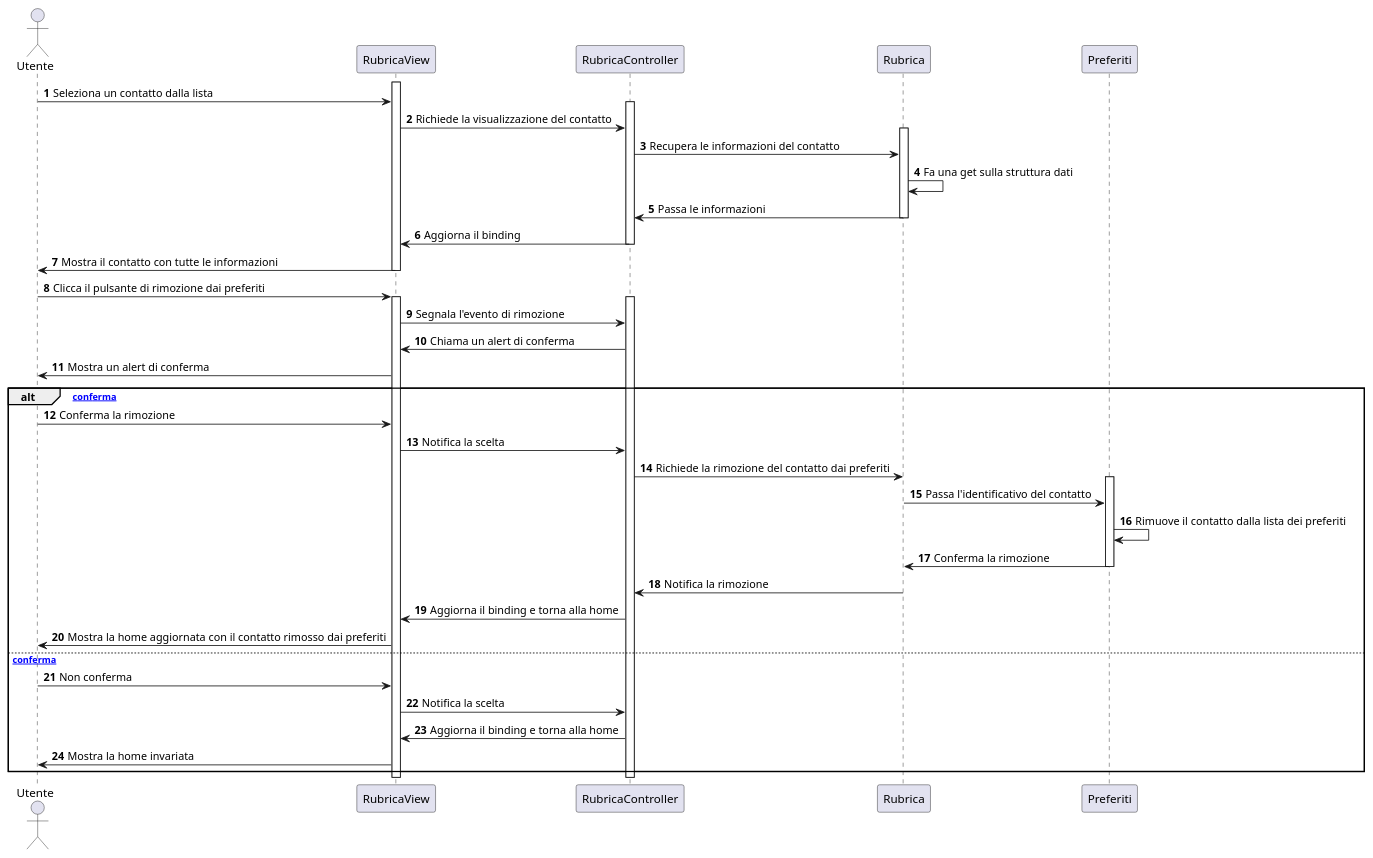
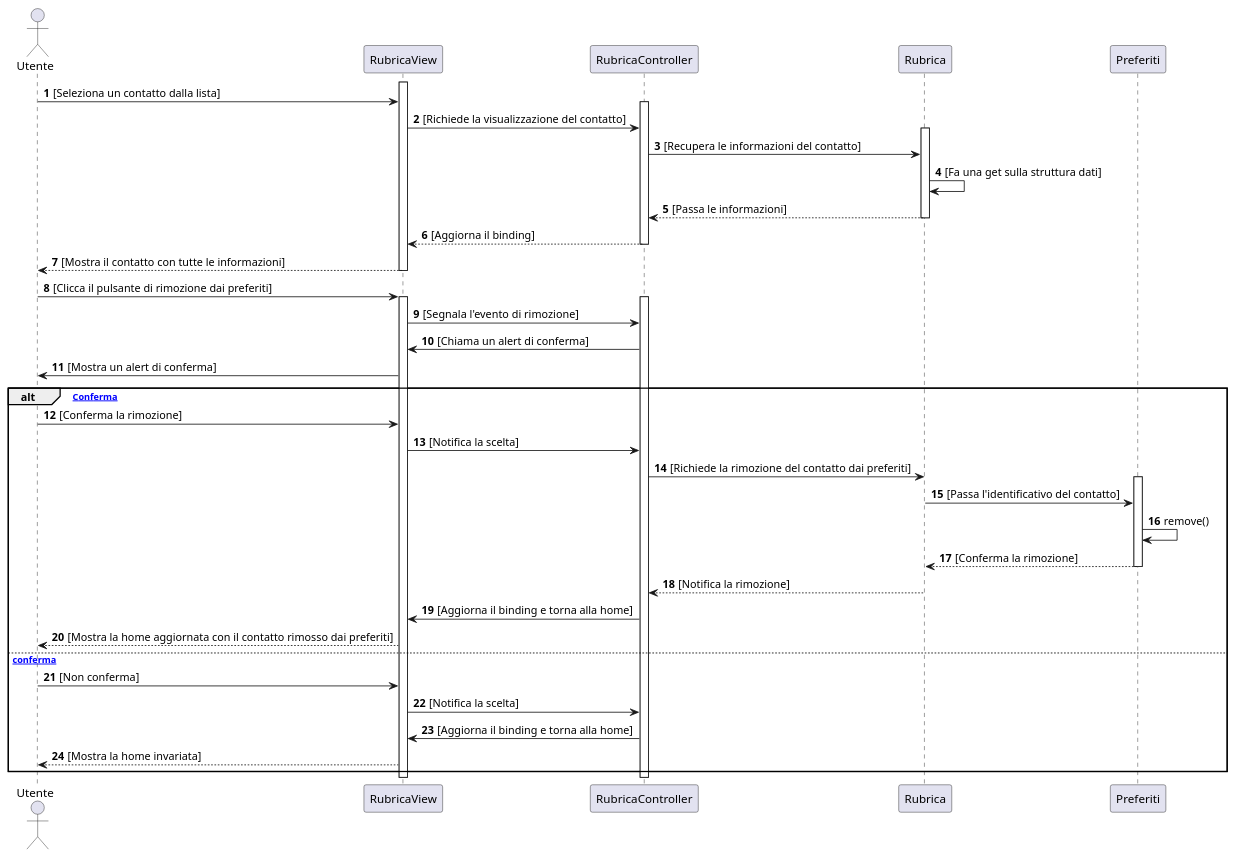
Before and after one commit to emanueletocci/uni-swe-project: the diagram in docs/bozze/Diagrammi/Sequenza/ScenarioRimuoviPreferiti.puml, drawn with PlantUML. The commit also changed 1 other file, not shown here.

```diff
--- a/docs/bozze/Diagrammi/Sequenza/ScenarioRimuoviPreferiti.puml
+++ b/docs/bozze/Diagrammi/Sequenza/ScenarioRimuoviPreferiti.puml
@@ -1,51 +1,51 @@
 @startuml
-'https://plantuml.com/sequence-diagram
+'autonumber aggiunto per numerare i messaggi
 autonumber
 actor Utente
 participant RubricaView
 participant RubricaController
 participant Rubrica
 participant Preferiti
 activate RubricaView
-Utente -> RubricaView : Seleziona un contatto dalla lista
+
+Utente -> RubricaView : [Seleziona un contatto dalla lista]
 activate RubricaController
-RubricaView -> RubricaController : Richiede la visualizzazione del contatto
+RubricaView -> RubricaController : [Richiede la visualizzazione del contatto]
 activate Rubrica
-RubricaController -> Rubrica : Recupera le informazioni del contatto
-Rubrica -> Rubrica : Fa una get sulla struttura dati
-Rubrica -> RubricaController : Passa le informazioni
+RubricaController -> Rubrica : [Recupera le informazioni del contatto]
+Rubrica -> Rubrica : [Fa una get sulla struttura dati]
+Rubrica --> RubricaController : [Passa le informazioni]
 deactivate Rubrica
-RubricaController -> RubricaView : Aggiorna il binding
+RubricaController --> RubricaView : [Aggiorna il binding]
 deactivate RubricaController
-RubricaView -> Utente : Mostra il contatto con tutte le informazioni
+RubricaView --> Utente : [Mostra il contatto con tutte le informazioni]
 deactivate RubricaView
 
-
-Utente -> RubricaView : Clicca il pulsante di rimozione dai preferiti
+Utente -> RubricaView : [Clicca il pulsante di rimozione dai preferiti]
 activate RubricaView
 activate RubricaController
-RubricaView -> RubricaController : Segnala l'evento di rimozione
-RubricaController -> RubricaView : Chiama un alert di conferma
-RubricaView -> Utente : Mostra un alert di conferma
-alt [conferma]
-    Utente -> RubricaView : Conferma la rimozione
-    RubricaView -> RubricaController : Notifica la scelta
-    RubricaController -> Rubrica : Richiede la rimozione del contatto dai preferiti
+RubricaView -> RubricaController : [Segnala l'evento di rimozione]
+RubricaController -> RubricaView : [Chiama un alert di conferma]
+RubricaView -> Utente : [Mostra un alert di conferma]
+alt [Conferma]
+    Utente -> RubricaView : [Conferma la rimozione]
+    RubricaView -> RubricaController : [Notifica la scelta]
+    RubricaController -> Rubrica : [Richiede la rimozione del contatto dai preferiti]
     activate Preferiti
-    Rubrica -> Preferiti : Passa l'identificativo del contatto
-    Preferiti -> Preferiti : Rimuove il contatto dalla lista dei preferiti
-    Preferiti -> Rubrica : Conferma la rimozione
+    Rubrica -> Preferiti : [Passa l'identificativo del contatto]
+    Preferiti -> Preferiti : remove()
+    Preferiti --> Rubrica : [Conferma la rimozione]
     deactivate Preferiti
-    Rubrica -> RubricaController : Notifica la rimozione
-    RubricaController -> RubricaView : Aggiorna il binding e torna alla home
-    RubricaView -> Utente : Mostra la home aggiornata con il contatto rimosso dai preferiti
-else [non conferma]
-    Utente -> RubricaView : Non conferma
-    RubricaView -> RubricaController : Notifica la scelta
-    RubricaController -> RubricaView : Aggiorna il binding e torna alla home
-    RubricaView -> Utente : Mostra la home invariata
+    Rubrica --> RubricaController : [Notifica la rimozione]
+    RubricaController -> RubricaView : [Aggiorna il binding e torna alla home]
+    RubricaView --> Utente : [Mostra la home aggiornata con il contatto rimosso dai preferiti]
+else [Non conferma]
+    Utente -> RubricaView : [Non conferma]
+    RubricaView -> RubricaController : [Notifica la scelta]
+    RubricaController -> RubricaView : [Aggiorna il binding e torna alla home]
+    RubricaView --> Utente : [Mostra la home invariata]
 end
 deactivate RubricaController
 deactivate RubricaView
 
 @enduml
```
